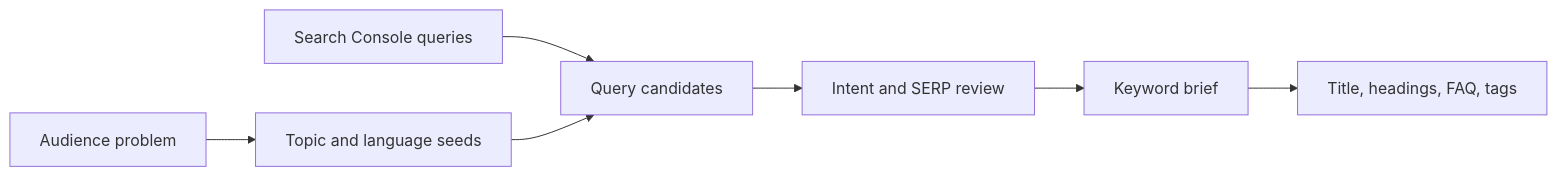
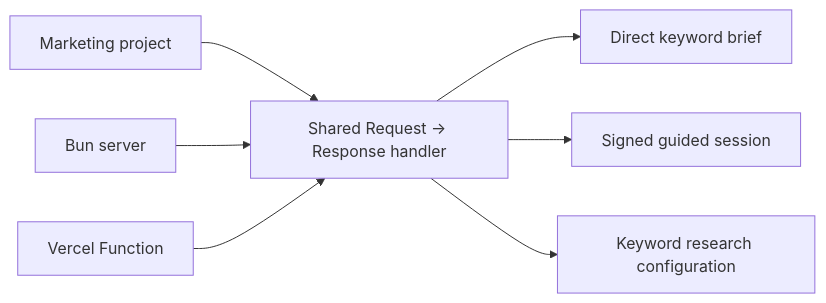
The diagram in README.md (promotemyapp/keywords), drawn with Mermaid before and after one commit. The commit also changed other lines of this file and 36 other files, not shown here.

Commit message:
Implement free keyword research pipeline

````diff
--- a/README.md
+++ b/README.md
@@ -172,9 +34,9 @@
 ```mermaid
 flowchart LR
-    Audience[Audience problem] --> Seeds[Topic and language seeds]
-    SearchConsole[Search Console queries] --> Candidates[Query candidates]
-    Seeds --> Candidates
-    Candidates --> Intent[Intent and SERP review]
-    Intent --> Brief[Keyword brief]
-    Brief --> Article[Title, headings, FAQ, tags]
+  Client[Marketing project] --> Handler[Shared Request → Response handler]
+  Handler --> Direct[Direct keyword brief]
+  Handler --> Guided[Signed guided session]
+  Handler --> Config[Keyword research configuration]
+  Local[Bun server] --> Handler
+  Vercel[Vercel Function] --> Handler
 ```
````
